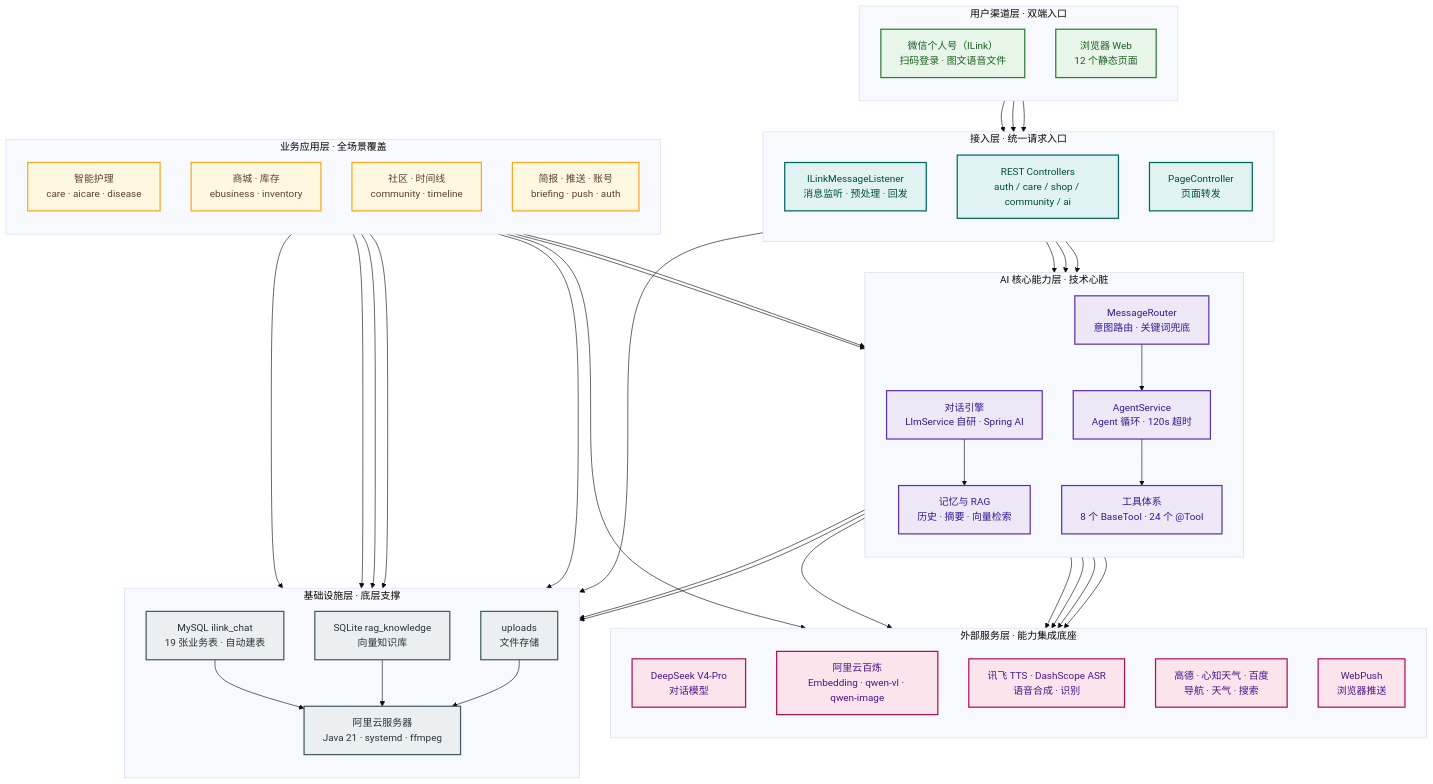
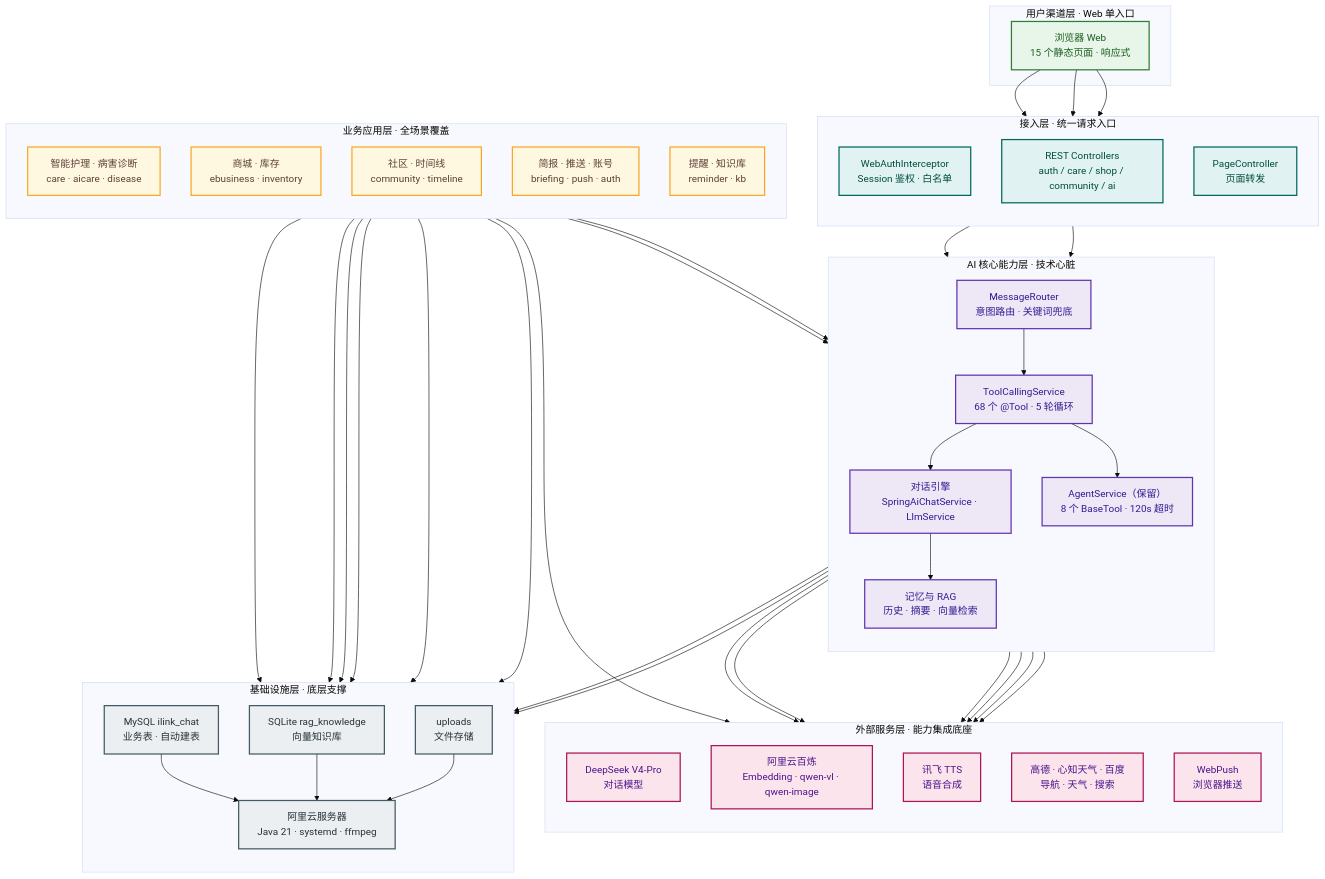
Before and after one commit to 8750shuangyue/WECHATILINK: the diagram in 落地文档/架构图-六层解耦.md, drawn with Mermaid (base theme). The commit also changed other lines of this file and 14 other files, not shown here.

Commit message:
docs: update 落地文档 to Web-only architecture (remove WeChat, 68 tools, auth design, new diagrams)

```diff
--- a/落地文档/架构图-六层解耦.md
+++ b/落地文档/架构图-六层解耦.md
@@ -11,33 +11,32 @@
     classDef ext  fill:#fce4ec,stroke:#ad1457,stroke-width:2px,color:#4a148c
     classDef inf  fill:#eceff1,stroke:#455a64,stroke-width:2px,color:#263238
 
-    subgraph CH["用户渠道层 · 双端入口"]
-        direction TB
-        WX["微信个人号（ILink）<br/>扫码登录 · 图文语音文件"]
-        WEB["浏览器 Web<br/>12 个静态页面"]
+    subgraph CH["用户渠道层 · Web 单入口"]
+        WEB["浏览器 Web<br/>15 个静态页面 · 响应式"]
     end
 
     subgraph GT["接入层 · 统一请求入口"]
         direction TB
-        G1["ILinkMessageListener<br/>消息监听 · 预处理 · 回发"]
+        G1["WebAuthInterceptor<br/>Session 鉴权 · 白名单"]
         G2["REST Controllers<br/>auth / care / shop / community / ai"]
         G3["PageController<br/>页面转发"]
     end
 
     subgraph BZ["业务应用层 · 全场景覆盖"]
         direction TB
-        B1["智能护理<br/>care · aicare · disease"]
+        B1["智能护理 · 病害诊断<br/>care · aicare · disease"]
         B2["商城 · 库存<br/>ebusiness · inventory"]
         B3["社区 · 时间线<br/>community · timeline"]
         B4["简报 · 推送 · 账号<br/>briefing · push · auth"]
+        B5["提醒 · 知识库<br/>reminder · kb"]
     end
 
     subgraph AI["AI 核心能力层 · 技术心脏"]
         direction TB
-        A1["AgentService<br/>Agent 循环 · 120s 超时"]
+        A1["对话引擎<br/>SpringAiChatService · LlmService"]
         A2["MessageRouter<br/>意图路由 · 关键词兜底"]
-        A3["对话引擎<br/>LlmService 自研 · Spring AI"]
-        A4["工具体系<br/>8 个 BaseTool · 24 个 @Tool"]
+        A3["ToolCallingService<br/>68 个 @Tool · 5 轮循环"]
+        A4["AgentService（保留）<br/>8 个 BaseTool · 120s 超时"]
         A5["记忆与 RAG<br/>历史 · 摘要 · 向量检索"]
     end
 
@@ -45,32 +44,33 @@
         direction TB
         E1["DeepSeek V4-Pro<br/>对话模型"]
         E2["阿里云百炼<br/>Embedding · qwen-vl · qwen-image"]
-        E3["讯飞 TTS · DashScope ASR<br/>语音合成 · 识别"]
+        E3["讯飞 TTS<br/>语音合成"]
         E4["高德 · 心知天气 · 百度<br/>导航 · 天气 · 搜索"]
         E5["WebPush<br/>浏览器推送"]
     end
 
     subgraph IF["基础设施层 · 底层支撑"]
         direction TB
-        I1["MySQL ilink_chat<br/>19 张业务表 · 自动建表"]
+        I1["MySQL ilink_chat<br/>业务表 · 自动建表"]
         I2["SQLite rag_knowledge<br/>向量知识库"]
         I3["uploads<br/>文件存储"]
         I4["阿里云服务器<br/>Java 21 · systemd · ffmpeg"]
     end
 
-    WX --> G1
+    WEB --> G1
     WEB --> G2
     WEB --> G3
-    G1 --> A1
-    G2 --> A3
+    G2 --> A1
     G2 --> A2
-    A2 --> A1
-    A3 --> A5
-    A1 --> A4
+    A2 --> A3
+    A1 --> A5
+    A3 --> A1
+    A3 --> A4
     A4 --> E1
-    A4 --> E2
-    A4 --> E3
-    A4 --> E4
+    A3 --> E1
+    A3 --> E2
+    A3 --> E3
+    A3 --> E4
     A5 --> E2
     A5 --> I2
     A5 --> I1
@@ -80,16 +80,16 @@
     B2 --> I1
     B3 --> I1
     B4 --> I1
+    B5 --> I1
     B4 --> E5
-    G1 --> I3
     B1 --> I3
     I1 --> I4
     I2 --> I4
     I3 --> I4
 
-    class WX,WEB user
+    class WEB user
     class G1,G2,G3 gate
-    class B1,B2,B3,B4 biz
+    class B1,B2,B3,B4,B5 biz
     class A1,A2,A3,A4,A5 ai
     class E1,E2,E3,E4,E5 ext
     class I1,I2,I3,I4 inf
```
